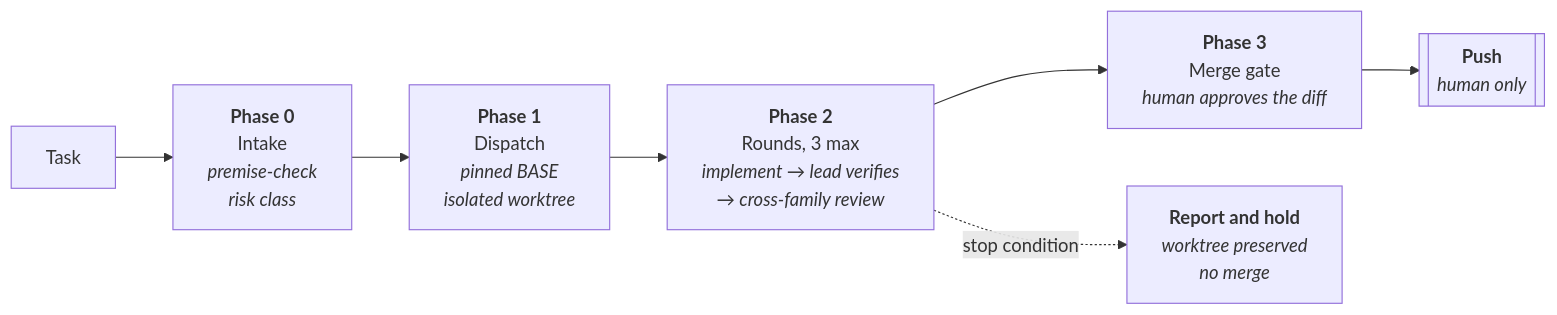
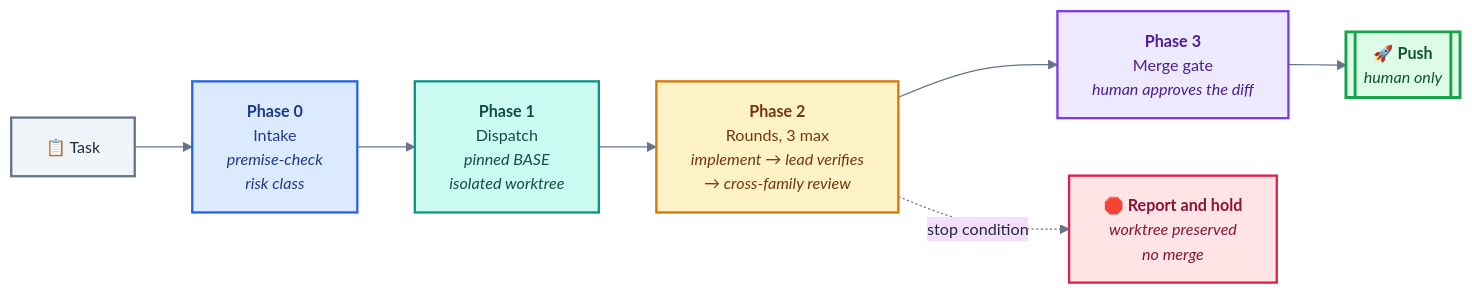
Before and after one commit to aarontzeng/dev-lead: the second of 2 diagrams in README.md, drawn with Mermaid. The commit also changed other lines of this file and 1 other file, not shown here.

````diff
--- a/README.md
+++ b/README.md
@@ -62,9 +115,25 @@
 ```mermaid
+%%{init: {"theme": "base", "themeVariables": {"fontFamily": "ui-sans-serif, system-ui, sans-serif", "fontSize": "14px", "primaryTextColor": "#1f2937", "lineColor": "#64748b"}}}%%
 flowchart LR
-    A["Task"] --> B["<b>Phase 0</b><br/>Intake<br/><i>premise-check<br/>risk class</i>"]
+    A["📋 Task"] --> B["<b>Phase 0</b><br/>Intake<br/><i>premise-check<br/>risk class</i>"]
     B --> C["<b>Phase 1</b><br/>Dispatch<br/><i>pinned BASE<br/>isolated worktree</i>"]
     C --> D["<b>Phase 2</b><br/>Rounds, 3 max<br/><i>implement → lead verifies<br/>→ cross-family review</i>"]
     D --> E["<b>Phase 3</b><br/>Merge gate<br/><i>human approves the diff</i>"]
-    E --> F[["<b>Push</b><br/><i>human only</i>"]]
-    D -.->|"stop condition"| G["<b>Report and hold</b><br/><i>worktree preserved<br/>no merge</i>"]
+    E --> F[["🚀 <b>Push</b><br/><i>human only</i>"]]
+    D -.->|"stop condition"| G["🛑 <b>Report and hold</b><br/><i>worktree preserved<br/>no merge</i>"]
+
+    classDef task fill:#f1f5f9,stroke:#64748b,stroke-width:2px,color:#1f2937
+    classDef intake fill:#dbeafe,stroke:#2563eb,stroke-width:2px,color:#1e3a8a
+    classDef dispatch fill:#ccfbf1,stroke:#0d9488,stroke-width:2px,color:#134e4a
+    classDef rounds fill:#fef3c7,stroke:#d97706,stroke-width:2px,color:#78350f
+    classDef gate fill:#ede9fe,stroke:#7c3aed,stroke-width:2px,color:#4c1d95
+    classDef push fill:#dcfce7,stroke:#16a34a,stroke-width:2.5px,color:#14532d
+    classDef hold fill:#ffe4e6,stroke:#e11d48,stroke-width:2px,color:#881337
+    class A task
+    class B intake
+    class C dispatch
+    class D rounds
+    class E gate
+    class F push
+    class G hold
 ```
````
